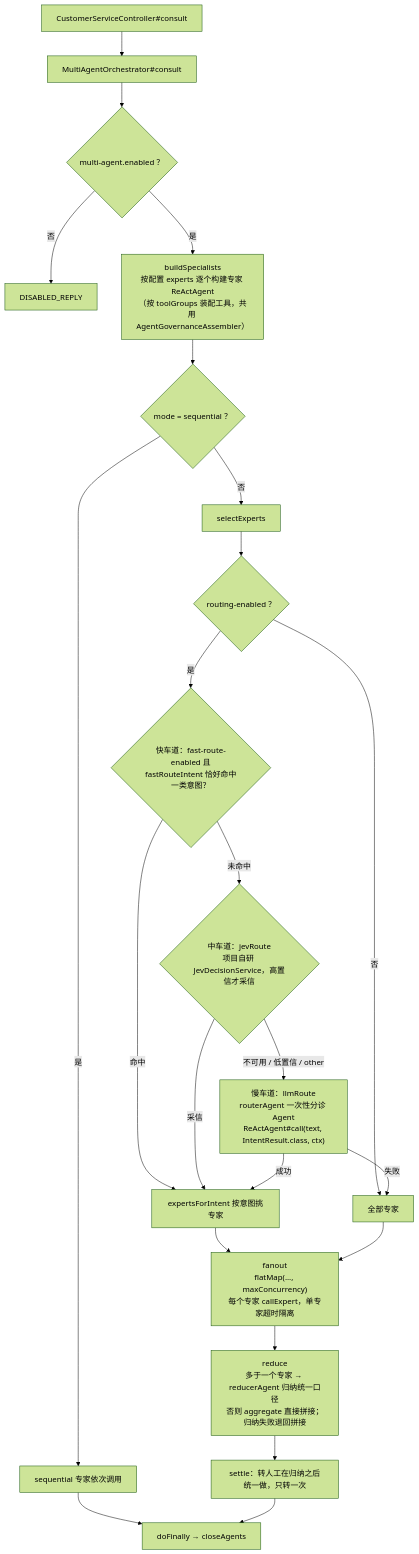
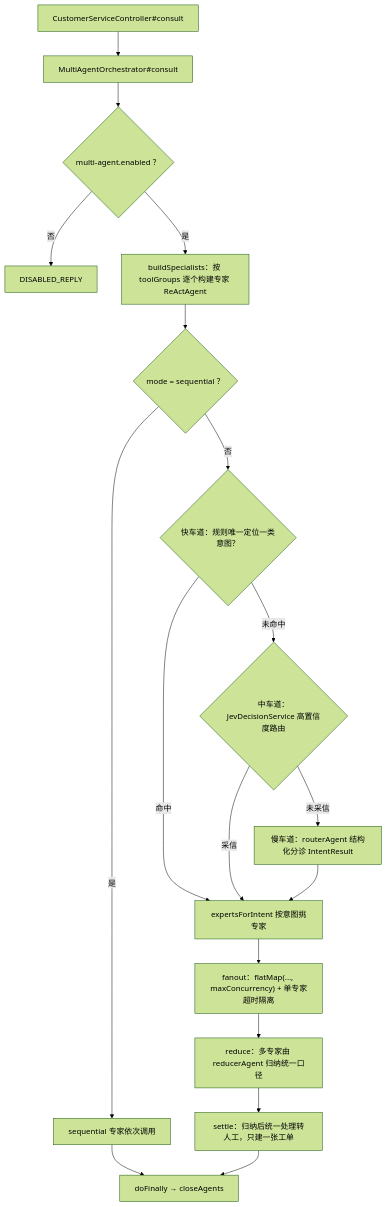
One commit to liulangjietou/AgentScope-source-analysis changed the fourth of 8 diagrams in 09-customer_work场景全景映射.md. Above: the diagram before and after it, drawn with Mermaid (forest theme). The commit also changed other lines of this file and 14 other files, not shown here.

````diff
--- a/09-customer_work场景全景映射.md
+++ b/09-customer_work场景全景映射.md
@@ -154,25 +122,20 @@
 ```mermaid
 flowchart TB
     IN["CustomerServiceController#consult"] --> ORCH["MultiAgentOrchestrator#consult"]
     ORCH --> EN{"multi-agent.enabled ？"}
     EN -->|"否"| DIS["DISABLED_REPLY"]
-    EN -->|"是"| BS["buildSpecialists<br/>按配置 experts 逐个构建专家 ReActAgent<br/>（按 toolGroups 装配工具，共用 AgentGovernanceAssembler）"]
+    EN -->|"是"| BS["buildSpecialists：按 toolGroups 逐个构建专家 ReActAgent"]
     BS --> MODE{"mode = sequential ？"}
     MODE -->|"是"| SEQ["sequential 专家依次调用"]
-    MODE -->|"否"| SEL["selectExperts"]
-    SEL --> RT{"routing-enabled ？"}
-    RT -->|"否"| ALL["全部专家"]
-    RT -->|"是"| FAST{"快车道：fast-route-enabled 且<br/>fastRouteIntent 恰好命中一类意图？"}
+    MODE -->|"否"| FAST{"快车道：规则唯一定位一类意图？"}
     FAST -->|"命中"| PICK["expertsForIntent 按意图挑专家"]
-    FAST -->|"未命中"| JEV{"中车道：jevRoute<br/>项目自研 JevDecisionService，高置信才采信"}
+    FAST -->|"未命中"| JEV{"中车道：JevDecisionService 高置信度路由"}
     JEV -->|"采信"| PICK
-    JEV -->|"不可用 / 低置信 / other"| ROUTER["慢车道：llmRoute<br/>routerAgent 一次性分诊 Agent<br/>ReActAgent#call(text, IntentResult.class, ctx)"]
-    ROUTER -->|"成功"| PICK
-    ROUTER -->|"失败"| ALL
-    PICK --> FAN["fanout<br/>flatMap(..., maxConcurrency)<br/>每个专家 callExpert，单专家超时隔离"]
-    ALL --> FAN
-    FAN --> RED["reduce<br/>多于一个专家 → reducerAgent 归纳统一口径<br/>否则 aggregate 直接拼接；归纳失败退回拼接"]
-    RED --> SET["settle：转人工在归纳之后统一做，只转一次"]
+    JEV -->|"未采信"| ROUTER["慢车道：routerAgent 结构化分诊 IntentResult"]
+    ROUTER --> PICK
+    PICK --> FAN["fanout：flatMap(..., maxConcurrency) + 单专家超时隔离"]
+    FAN --> RED["reduce：多专家由 reducerAgent 归纳统一口径"]
+    RED --> SET["settle：归纳后统一处理转人工，只建一张工单"]
     SEQ --> CLOSE["doFinally → closeAgents"]
     SET --> CLOSE
 ```
````
